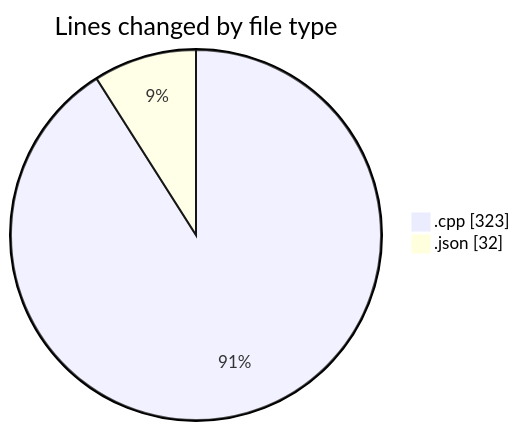
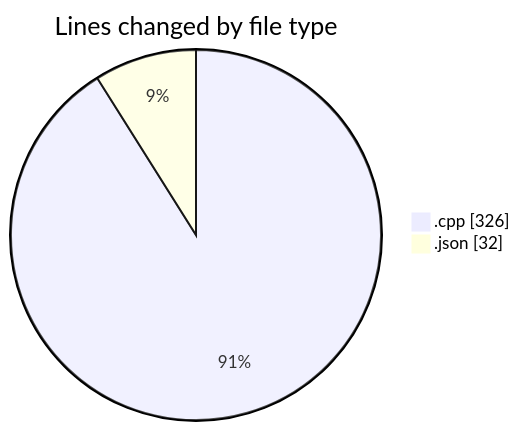
The first of 2 diagrams in 2025-04-23/echo/README.md (Netris89/code-tracking), drawn with Mermaid before and after one commit. The commit also changed other lines of this file and 1 other file, not shown here.

````diff
--- a/2025-04-23/echo/README.md
+++ b/2025-04-23/echo/README.md
@@ -21,6 +21,6 @@
 ```mermaid
 pie showData
 title Lines changed by file type
-".cpp" : 323
+".cpp" : 326
 ".json" : 32
 ```
````
